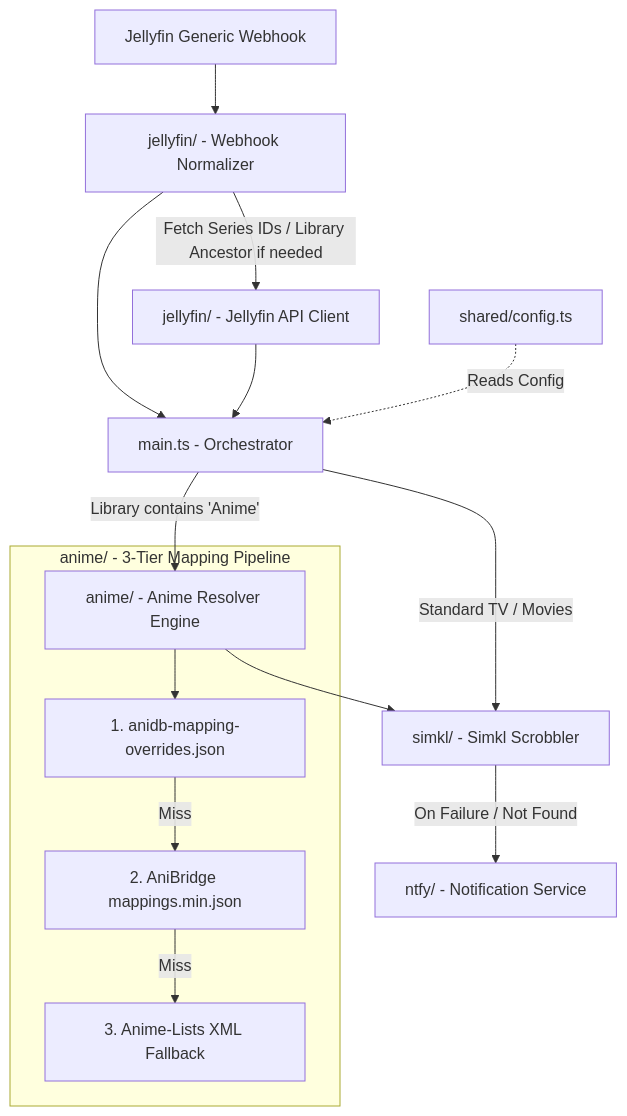
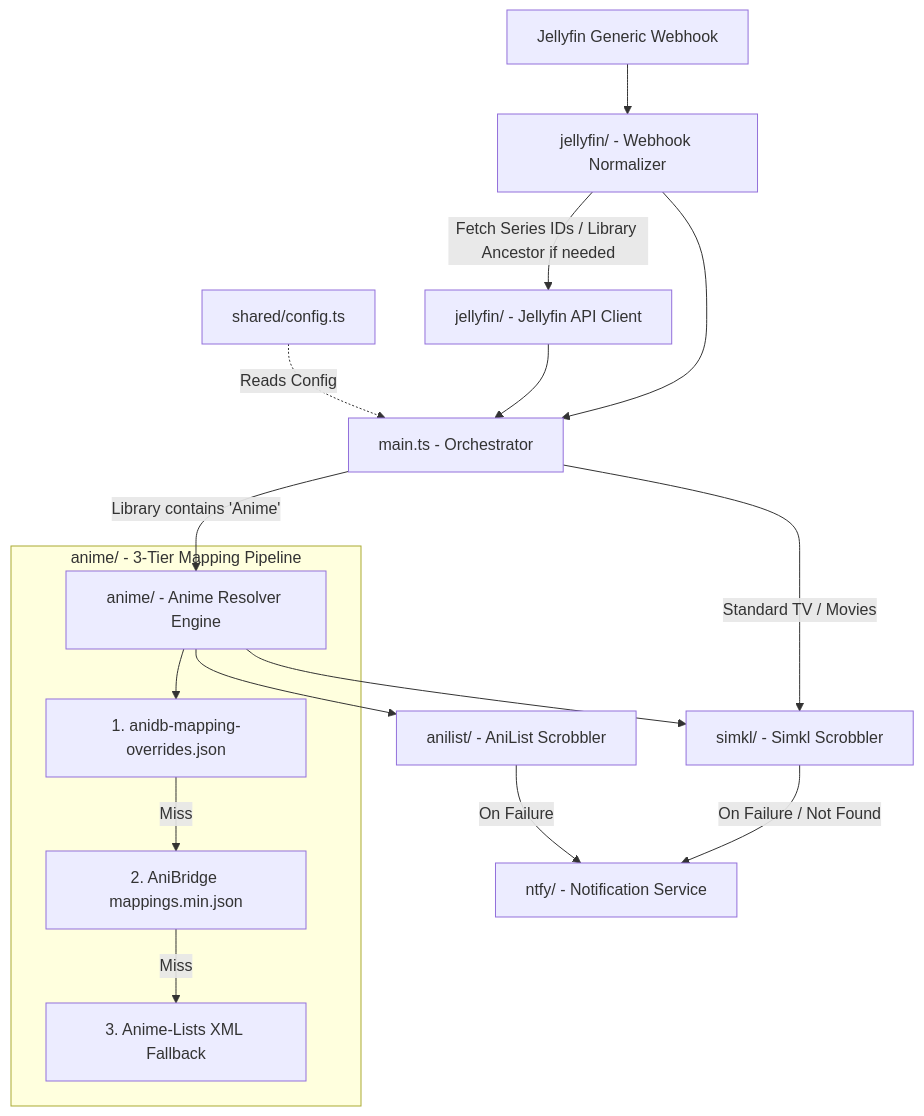
The diagram in README.md (dancoto/jellyfin-simkl-sync), drawn with Mermaid before and after one commit. The commit also changed other lines of this file and 24 other files, not shown here.

Commit message:
feat(anilist): add AniList scrobbling and rename to jellyfin-tracker-sync (#4)

````diff
--- a/README.md
+++ b/README.md
@@ -11,20 +11,22 @@
 ```mermaid
 flowchart TD
     JF[Jellyfin Generic Webhook] --> Normalizer[jellyfin/ - Webhook Normalizer]
     Normalizer -->|Fetch Series IDs / Library Ancestor if needed| JFClient[jellyfin/ - Jellyfin API Client]
     Normalizer --> main[main.ts - Orchestrator]
     JFClient --> main
 
     main -->|Library contains 'Anime'| resolver[anime/ - Anime Resolver Engine]
     main -->|Standard TV / Movies| simkl[simkl/ - Simkl Scrobbler]
 
     subgraph Anime_Engine["anime/ - 3-Tier Mapping Pipeline"]
         resolver --> Ovr[1. anidb-mapping-overrides.json]
         Ovr -->|Miss| Bridge[2. AniBridge mappings.min.json]
         Bridge -->|Miss| AList[3. Anime-Lists XML Fallback]
     end
 
     resolver --> simkl
+    resolver --> anilist[anilist/ - AniList Scrobbler]
     simkl -->|On Failure / Not Found| ntfy[ntfy/ - Notification Service]
+    anilist -->|On Failure| ntfy
     shared[shared/config.ts] -.->|Reads Config| main
 ```
````
